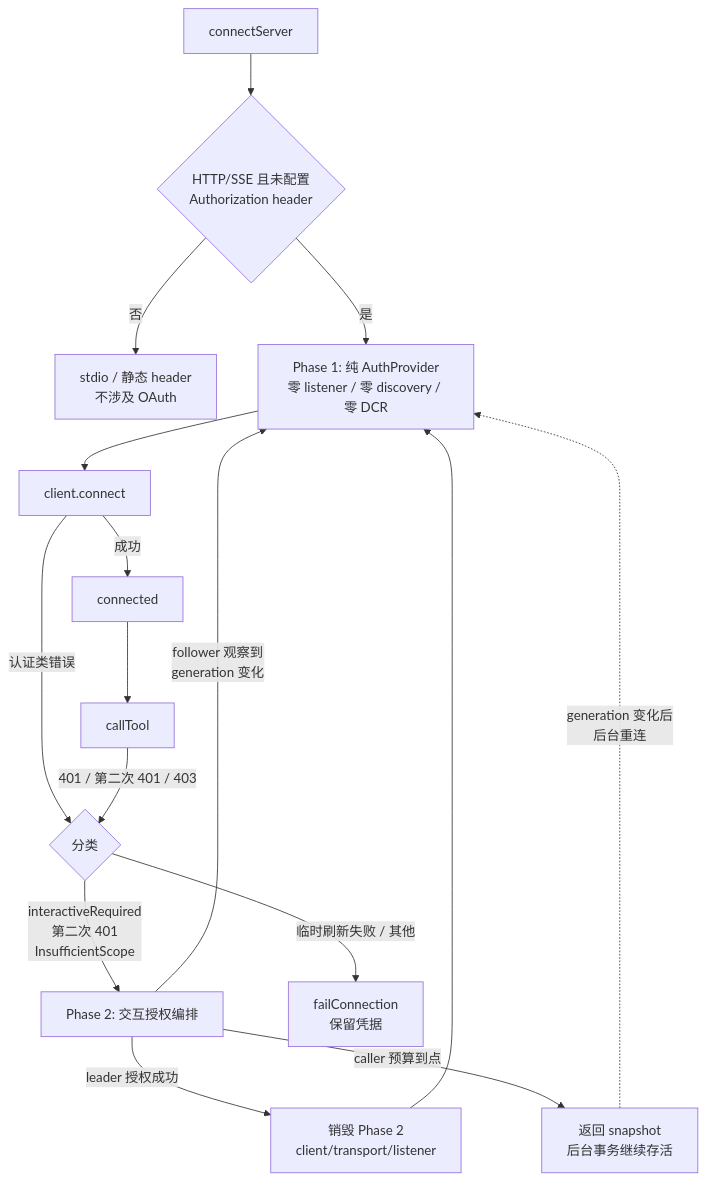
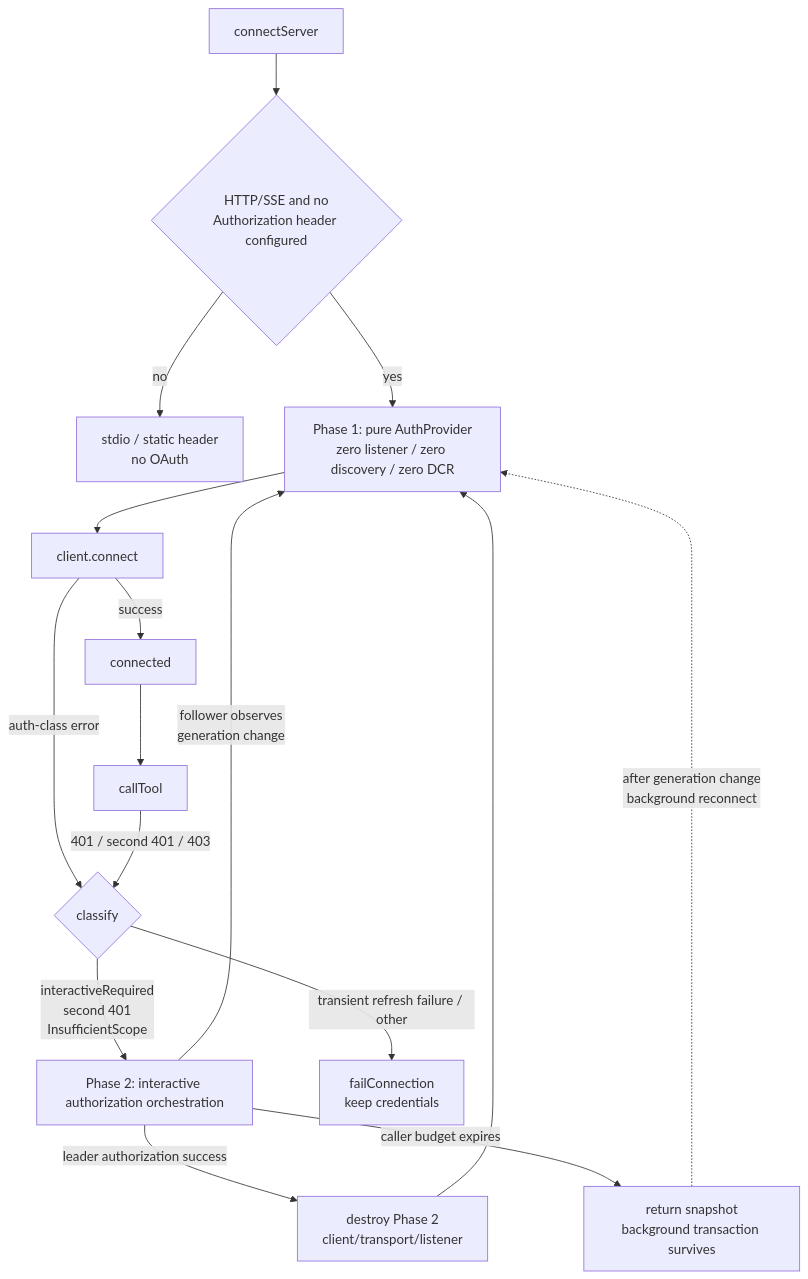
The first of 4 diagrams in docs/mcp-oauth-two-phase.md (osben/ZCode), drawn with Mermaid before and after one commit. The commit also changed other lines of this file and 24 other files, not shown here.

````diff
--- a/docs/mcp-oauth-two-phase.md
+++ b/docs/mcp-oauth-two-phase.md
@@ -46,18 +37,18 @@
 ```mermaid
 flowchart TD
-    A[connectServer] --> B{HTTP/SSE 且未配置<br/>Authorization header}
-    B -- 否 --> Z[stdio / 静态 header<br/>不涉及 OAuth]
-    B -- 是 --> C["Phase 1: 纯 AuthProvider<br/>零 listener / 零 discovery / 零 DCR"]
+    A[connectServer] --> B{HTTP/SSE and no<br/>Authorization header configured}
+    B -- no --> Z[stdio / static header<br/>no OAuth]
+    B -- yes --> C["Phase 1: pure AuthProvider<br/>zero listener / zero discovery / zero DCR"]
     C --> D[client.connect]
-    D -- 成功 --> E[connected]
-    D -- 认证类错误 --> F{分类}
-    F -- interactiveRequired<br/>第二次 401<br/>InsufficientScope --> G["Phase 2: 交互授权编排"]
-    F -- 临时刷新失败 / 其他 --> H[failConnection<br/>保留凭据]
-    G -- leader 授权成功 --> I[销毁 Phase 2<br/>client/transport/listener]
+    D -- success --> E[connected]
+    D -- auth-class error --> F{classify}
+    F -- interactiveRequired<br/>second 401<br/>InsufficientScope --> G["Phase 2: interactive authorization orchestration"]
+    F -- transient refresh failure / other --> H[failConnection<br/>keep credentials]
+    G -- leader authorization success --> I[destroy Phase 2<br/>client/transport/listener]
     I --> C
-    G -- follower 观察到<br/>generation 变化 --> C
-    G -- caller 预算到点 --> J[返回 snapshot<br/>后台事务继续存活]
-    J -.->|generation 变化后<br/>后台重连| C
+    G -- follower observes<br/>generation change --> C
+    G -- caller budget expires --> J[return snapshot<br/>background transaction survives]
+    J -.->|after generation change<br/>background reconnect| C
     E --> K[callTool]
-    K -- 401 / 第二次 401 / 403 --> F
+    K -- 401 / second 401 / 403 --> F
 ```
````
